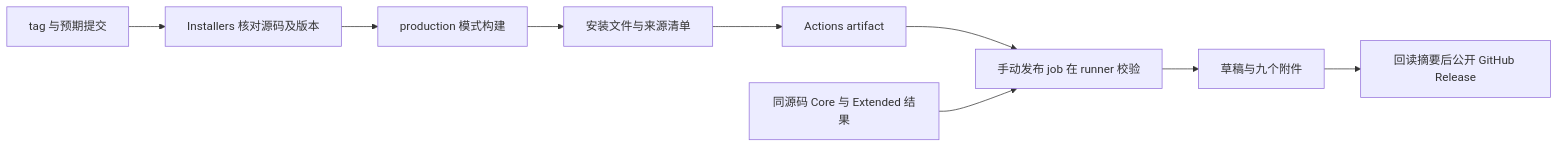
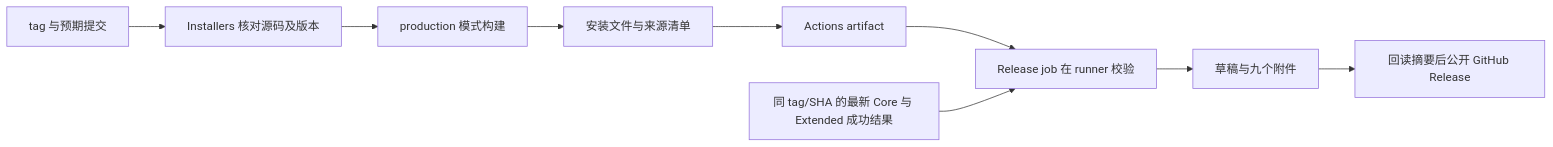
The diagram in docs/spec/github-actions-runtime.md (BlueSkyXN/OpenZWork), drawn with Mermaid before and after one commit. The commit also changed other lines of this file and 13 other files, not shown here.

````diff
--- a/docs/spec/github-actions-runtime.md
+++ b/docs/spec/github-actions-runtime.md
@@ -63,11 +63,11 @@
 ```mermaid
 flowchart LR
     T[tag 与预期提交] --> V[Installers 核对源码及版本]
     V --> B[production 模式构建]
     B --> M[安装文件与来源清单]
     M --> A[Actions artifact]
-    A --> C[手动发布 job 在 runner 校验]
-    G[同源码 Core 与 Extended 结果] --> C
+    A --> C[Release job 在 runner 校验]
+    G[同 tag/SHA 的最新 Core 与 Extended 成功结果] --> C
     C --> D[草稿与九个附件]
     D --> R[回读摘要后公开 GitHub Release]
 ```
````
